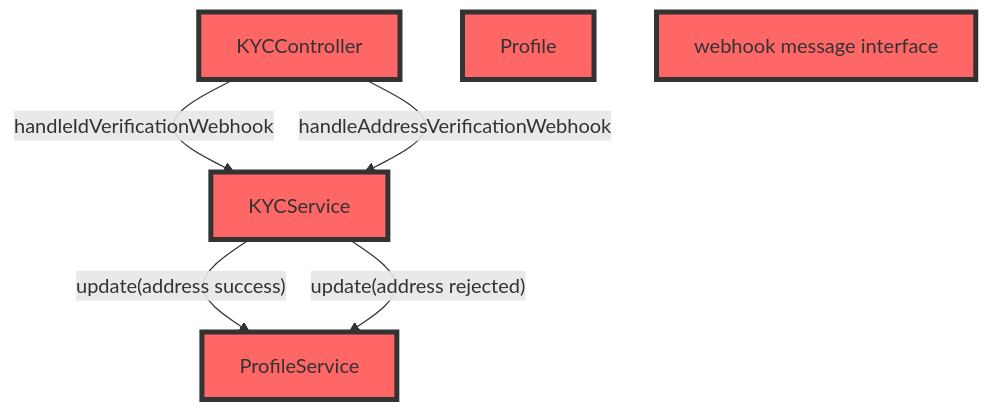
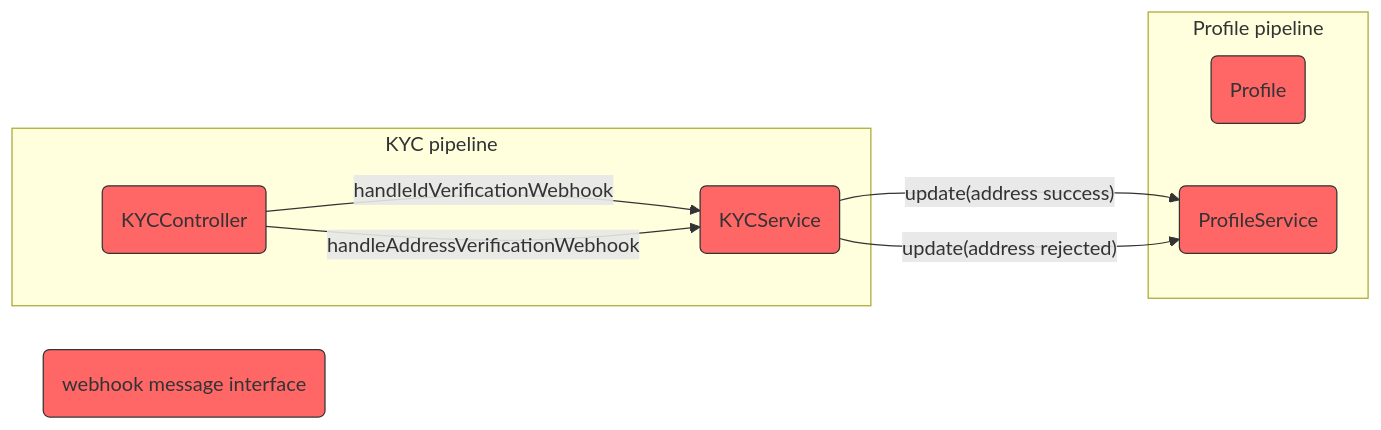
One commit to boostercloud/kyc-example changed the sixth of 13 diagrams in README.md. Above: the diagram before and after it, drawn with Mermaid. The commit also changed other lines of this file and 10 other files, not shown here.

````diff
--- a/README.md
+++ b/README.md
@@ -238,11 +303,16 @@
 ```mermaid
-graph TD;
-    classDef red fill:#ff6666,stroke:#333,stroke-width:4px,color:#333;
-    A[KYCController] -->|"handleIdVerificationWebhook"| B[KYCService]
+graph LR
+    classDef red fill:#ff6666,stroke:#333,stroke-width:1px,color:#333;
+    subgraph KYC pipeline
+        A(KYCController) -->|"handleIdVerificationWebhook"| B(KYCService)
+    end
+    subgraph Profile pipeline
+        E(Profile)
+        D(ProfileService)
+    end
     A -->|"handleAddressVerificationWebhook"| B
-    B -->|"update(address success)"| D[ProfileService]
+    B -->|"update(address success)"| D
     B -->|"update(address rejected)"| D
-    E[Profile]
-    C[webhook message interface]
+    C(webhook message interface)
     class A,B,C,D,E red;
 ```
````
